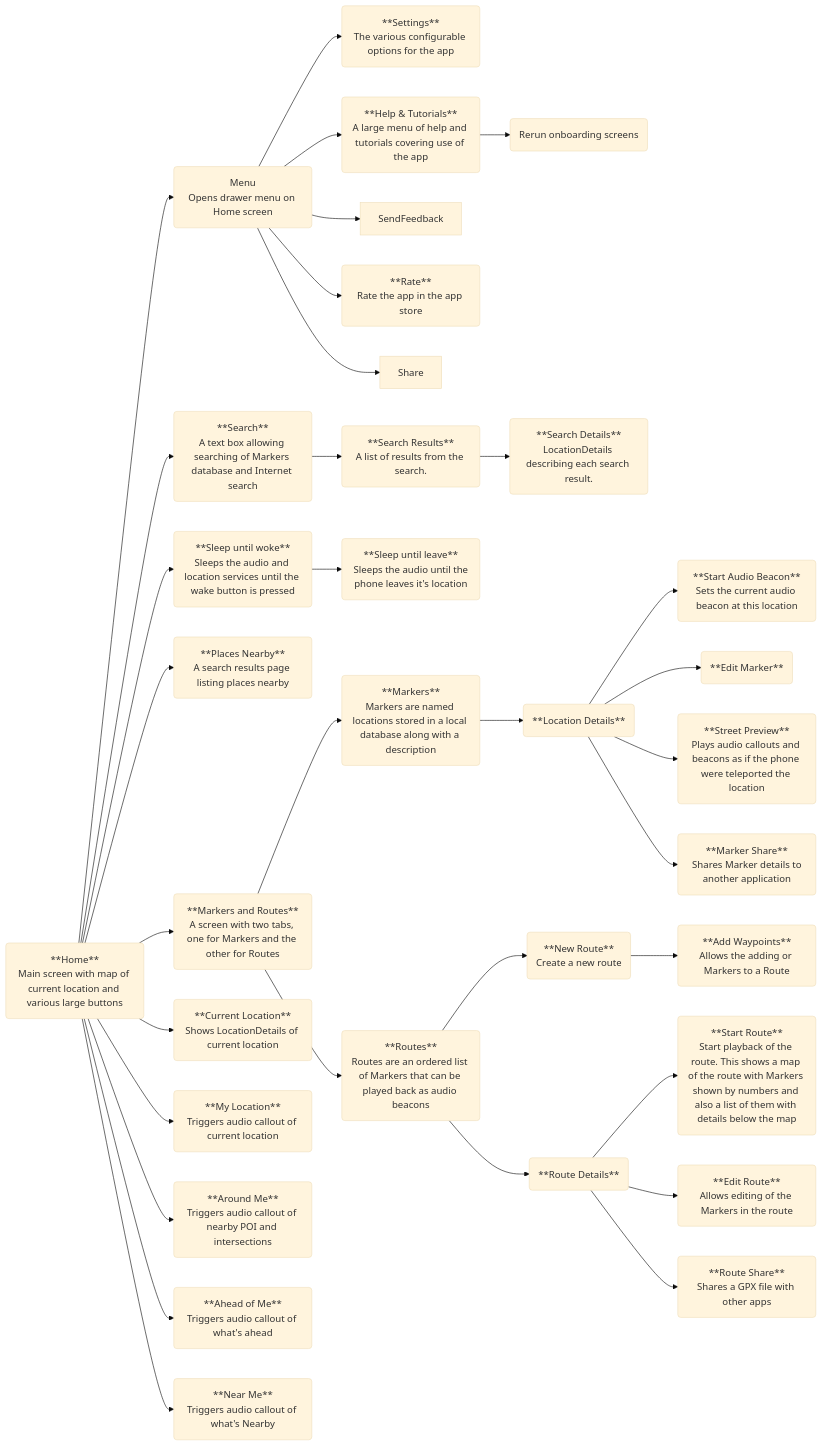
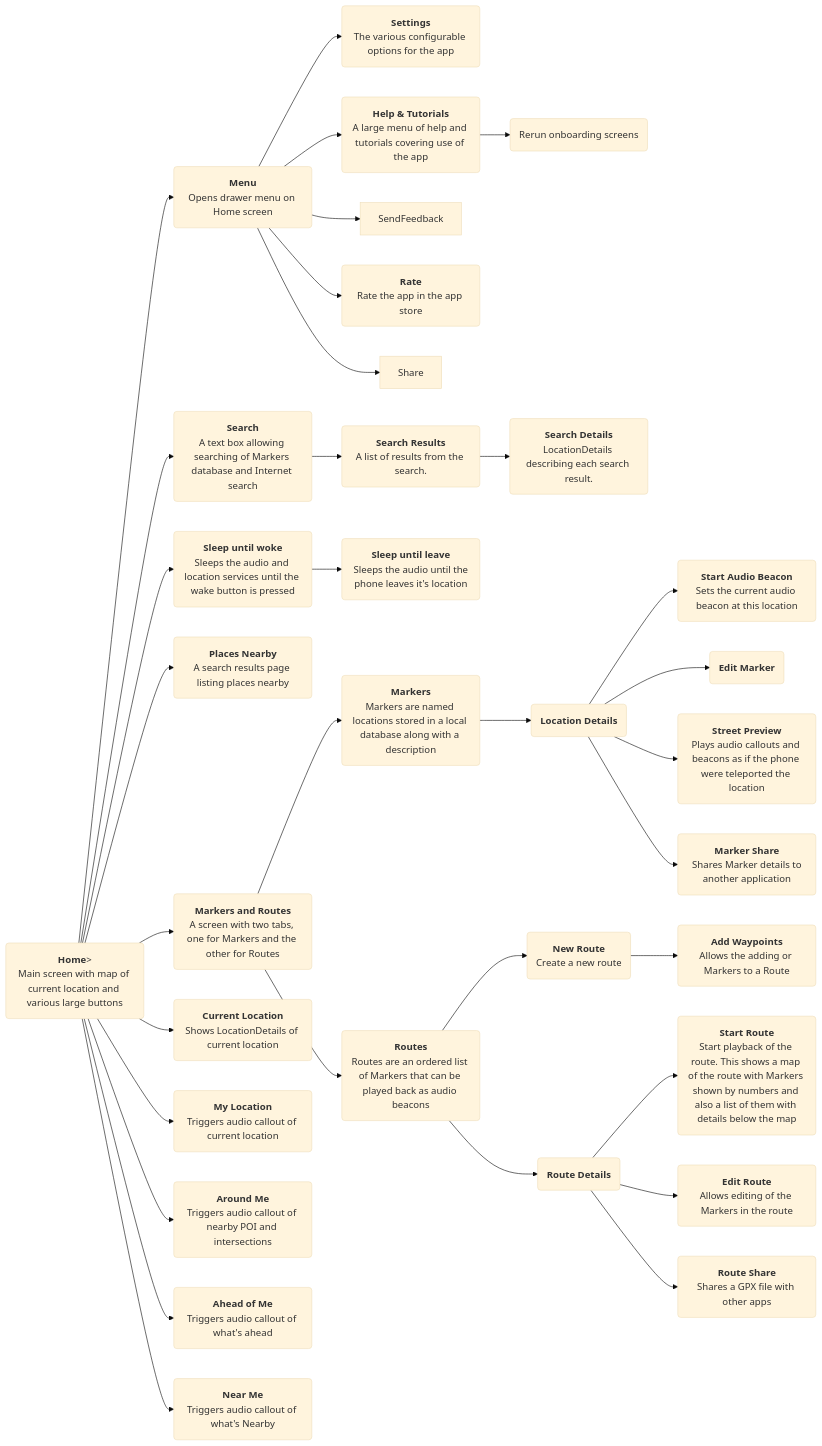
The diagram in docs/architecture.md (Scottish-Tech-Army/Soundscape-Android), drawn with Mermaid (base theme) before and after one commit.

Commit message:
Fix mermaid parsing error
Mermaid parsing appears to have changed a bit too much between the
Visual Code version and that used by jekyll in our GitHub action.
Removing the stray <p> and replacing the bold text ** markers with
<b> seems to do the trick. The layout isn't nearly as good though as
the text isn't wrapped sensibly. This is at least compiling though.

```diff
--- a/docs/architecture.md
+++ b/docs/architecture.md
@@ -29,35 +29,35 @@
 <div class="mermaid">
 flowchart LR
-    Home(**Home**<br>Main screen with map of current location and various large buttons) --> Menu(Menu<p>Opens drawer menu on Home screen)
-    Menu --> Settings(**Settings**<br>The various configurable options for the app)
-    Menu --> HelpAndTutorials(**Help & Tutorials**<br>A large menu of help and tutorials covering use of the app)
+    Home(<b>Home</b>><br>Main screen with map of current location and various large buttons) --> Menu(<b>Menu</b><br>Opens drawer menu on Home screen)
+    Menu --> Settings(<b>Settings</b><br>The various configurable options for the app)
+    Menu --> HelpAndTutorials(<b>Help & Tutorials</b><br>A large menu of help and tutorials covering use of the app)
     Menu --> SendFeedback
-    Menu --> Rate(**Rate**<br>Rate the app in the app store)
+    Menu --> Rate(<b>Rate</b><br>Rate the app in the app store)
     Menu --> Share
-    Home --> Search(**Search**<br>A text box allowing searching of Markers database and Internet search)
-    Home --> SleepUntilWoke(**Sleep until woke**<br>Sleeps the audio and location services until the wake button is pressed)
-    SleepUntilWoke --> SleepUntilLeave(**Sleep until leave**<br> Sleeps the audio until the phone leaves it's location)
-    Search --> SearchResults(**Search Results**<br>A list of results from the search.)
-    SearchResults --> SearchDetails(**Search Details**<br>LocationDetails describing each search result.)
-    Home --> PlacesNearby(**Places Nearby**<br>A search results page listing places nearby)
-    Home --> MarkersAndRoutesScreen(**Markers and Routes**<br>A screen with two tabs, one for Markers and the other for Routes)
-    Home --> CurrentLocation(**Current Location**<br>Shows LocationDetails of current location)
-    Home --> MyLocation(**My Location**<br>Triggers audio callout of current location)
-    Home --> AroundMe(**Around Me**<br>Triggers audio callout of nearby POI and intersections)
-    Home --> AheadOfMe(**Ahead of Me**<br>Triggers audio callout of what's ahead)
-    Home --> NearMe(**Near Me**<br>Triggers audio callout of what's Nearby)
-    MarkersAndRoutesScreen --> MarkersScreen(**Markers**<br>Markers are named locations stored in a local database along with a description)
-    MarkersAndRoutesScreen --> RoutesScreen(**Routes**<br>Routes are an ordered list of Markers that can be played back as audio beacons)
-    MarkersScreen --> LocationDetails(**Location Details**)
-    RoutesScreen --> NewRoute(**New Route**<br>Create a new route)
-    RoutesScreen --> RouteDetails(**Route Details**)
-    RouteDetails --> StartRoute(**Start Route**<br>Start playback of the route. This shows a map of the route with Markers shown by numbers and also a list of them with details below the map)
-    RouteDetails --> EditRoute(**Edit Route**<br>Allows editing of the Markers in the route)
-    RouteDetails --> RouteShare(**Route Share**<br>Shares a GPX file with other apps)
-    NewRoute --> AddWaypoints(**Add Waypoints**<br>Allows the adding or Markers to a Route)
-    LocationDetails --> StartAudioBeacon(**Start Audio Beacon**<br>Sets the current audio beacon at this location)
-    LocationDetails --> EditMarker(**Edit Marker**)
-    LocationDetails --> StreetPreview(**Street Preview**<br>Plays audio callouts and beacons as if the phone were teleported the location)
-    LocationDetails --> ShareMarker(**Marker Share**<br> Shares Marker details to another application)
+    Home --> Search(<b>Search</b><br>A text box allowing searching of Markers database and Internet search)
+    Home --> SleepUntilWoke(<b>Sleep until woke</b><br>Sleeps the audio and location services until the wake button is pressed)
+    SleepUntilWoke --> SleepUntilLeave(<b>Sleep until leave</b><br> Sleeps the audio until the phone leaves it's location)
+    Search --> SearchResults(<b>Search Results</b><br>A list of results from the search.)
+    SearchResults --> SearchDetails(<b>Search Details</b><br>LocationDetails describing each search result.)
+    Home --> PlacesNearby(<b>Places Nearby</b><br>A search results page listing places nearby)
+    Home --> MarkersAndRoutesScreen(<b>Markers and Routes</b><br>A screen with two tabs, one for Markers and the other for Routes)
+    Home --> CurrentLocation(<b>Current Location</b><br>Shows LocationDetails of current location)
+    Home --> MyLocation(<b>My Location</b><br>Triggers audio callout of current location)
+    Home --> AroundMe(<b>Around Me</b><br>Triggers audio callout of nearby POI and intersections)
+    Home --> AheadOfMe(<b>Ahead of Me</b><br>Triggers audio callout of what's ahead)
+    Home --> NearMe(<b>Near Me</b><br>Triggers audio callout of what's Nearby)
+    MarkersAndRoutesScreen --> MarkersScreen(<b>Markers</b><br>Markers are named locations stored in a local database along with a description)
+    MarkersAndRoutesScreen --> RoutesScreen(<b>Routes</b><br>Routes are an ordered list of Markers that can be played back as audio beacons)
+    MarkersScreen --> LocationDetails(<b>Location Details</b>)
+    RoutesScreen --> NewRoute(<b>New Route</b><br>Create a new route)
+    RoutesScreen --> RouteDetails(<b>Route Details</b>)
+    RouteDetails --> StartRoute(<b>Start Route</b><br>Start playback of the route. This shows a map of the route with Markers shown by numbers and also a list of them with details below the map)
+    RouteDetails --> EditRoute(<b>Edit Route</b><br>Allows editing of the Markers in the route)
+    RouteDetails --> RouteShare(<b>Route Share</b><br>Shares a GPX file with other apps)
+    NewRoute --> AddWaypoints(<b>Add Waypoints</b><br>Allows the adding or Markers to a Route)
+    LocationDetails --> StartAudioBeacon(<b>Start Audio Beacon</b><br>Sets the current audio beacon at this location)
+    LocationDetails --> EditMarker(<b>Edit Marker</b>)
+    LocationDetails --> StreetPreview(<b>Street Preview</b><br>Plays audio callouts and beacons as if the phone were teleported the location)
+    LocationDetails --> ShareMarker(<b>Marker Share</b><br> Shares Marker details to another application)
     HelpAndTutorials --> RerunOnboarding(Rerun onboarding screens)
 </div>
```
